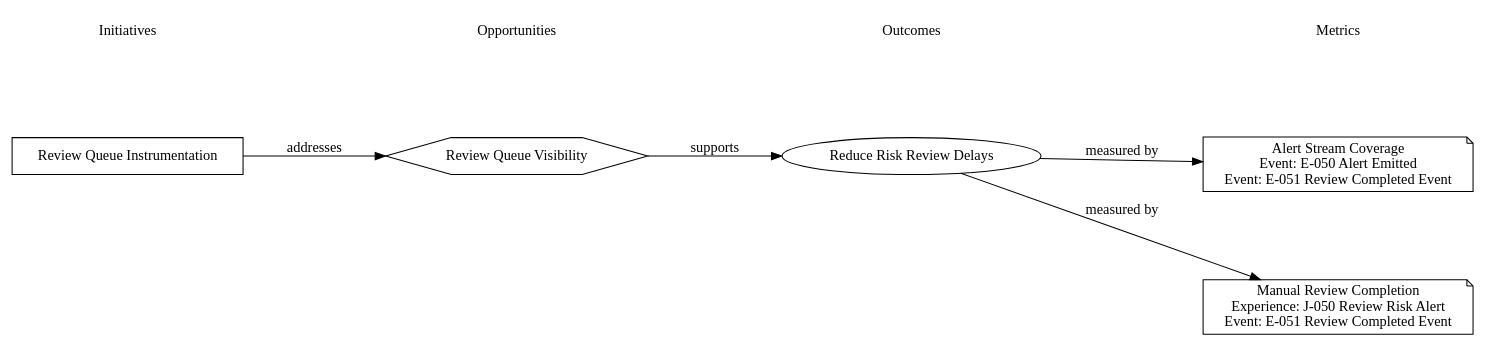
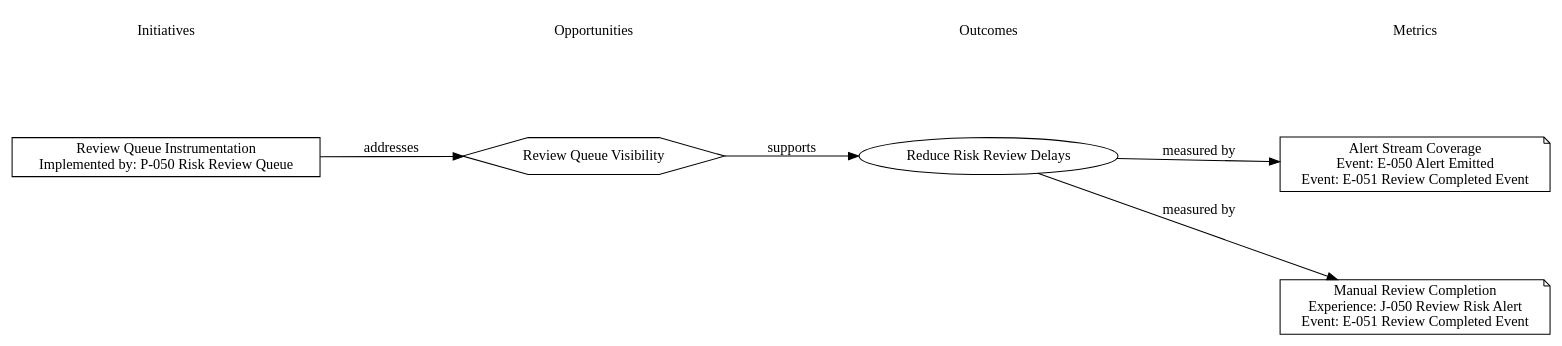
Before and after one commit to knutopia/Structured-Design-Documents: the diagram in examples/rendered/v0.1/outcome_opportunity_map_diagram_type/metric_event_instrumentation_example/strict_profile/metric_event_instrumentation.outcome_opportunity_map.dot, drawn with Graphviz. The commit also changed 77 other files, not shown here.

```diff
--- a/examples/rendered/v0.1/outcome_opportunity_map_diagram_type/metric_event_instrumentation_example/strict_profile/metric_event_instrumentation.outcome_opportunity_map.dot
+++ b/examples/rendered/v0.1/outcome_opportunity_map_diagram_type/metric_event_instrumentation_example/strict_profile/metric_event_instrumentation.outcome_opportunity_map.dot
@@ -1,39 +1,39 @@
 digraph outcome_opportunity_map {
   rankdir=LR;
   graph [fontname="Public Sans", nodesep=0.6, ranksep=1.0];
   node [fontname="Public Sans"];
   edge [fontname="Public Sans"];
   subgraph rank_initiative {
     rank=same;
     "lane_initiative" [shape=plaintext, label="Initiatives"];
-    "I-050" [shape="box", label="Review Queue Instrumentation"];
+    "I-050" [shape="box", label="Review Queue Instrumentation\nImplemented by: P-050 Risk Review Queue"];
   }
   subgraph rank_opportunity {
     rank=same;
     "lane_opportunity" [shape=plaintext, label="Opportunities"];
     "OP-050" [shape="hexagon", label="Review Queue Visibility"];
   }
   subgraph rank_outcome {
     rank=same;
     "lane_outcome" [shape=plaintext, label="Outcomes"];
     "O-050" [shape="ellipse", label="Reduce Risk Review Delays"];
   }
   subgraph rank_metric {
     rank=same;
     "lane_metric" [shape=plaintext, label="Metrics"];
     "M-050" [shape="note", label="Alert Stream Coverage\nEvent: E-050 Alert Emitted\nEvent: E-051 Review Completed Event"];
     "M-051" [shape="note", label="Manual Review Completion\nExperience: J-050 Review Risk Alert\nEvent: E-051 Review Completed Event"];
   }
   "lane_initiative" -> "lane_opportunity" [style=invis, weight=100];
   "lane_opportunity" -> "lane_outcome" [style=invis, weight=100];
   "lane_outcome" -> "lane_metric" [style=invis, weight=100];
   "lane_initiative" -> "I-050" [style=invis, weight=100];
   "lane_opportunity" -> "OP-050" [style=invis, weight=100];
   "lane_outcome" -> "O-050" [style=invis, weight=100];
   "lane_metric" -> "M-050" [style=invis, weight=100];
   "M-050" -> "M-051" [style=invis, weight=100];
   "I-050" -> "OP-050" [label="addresses"];
   "O-050" -> "M-050" [label="measured by"];
   "O-050" -> "M-051" [label="measured by"];
   "OP-050" -> "O-050" [label="supports"];
 }
```
